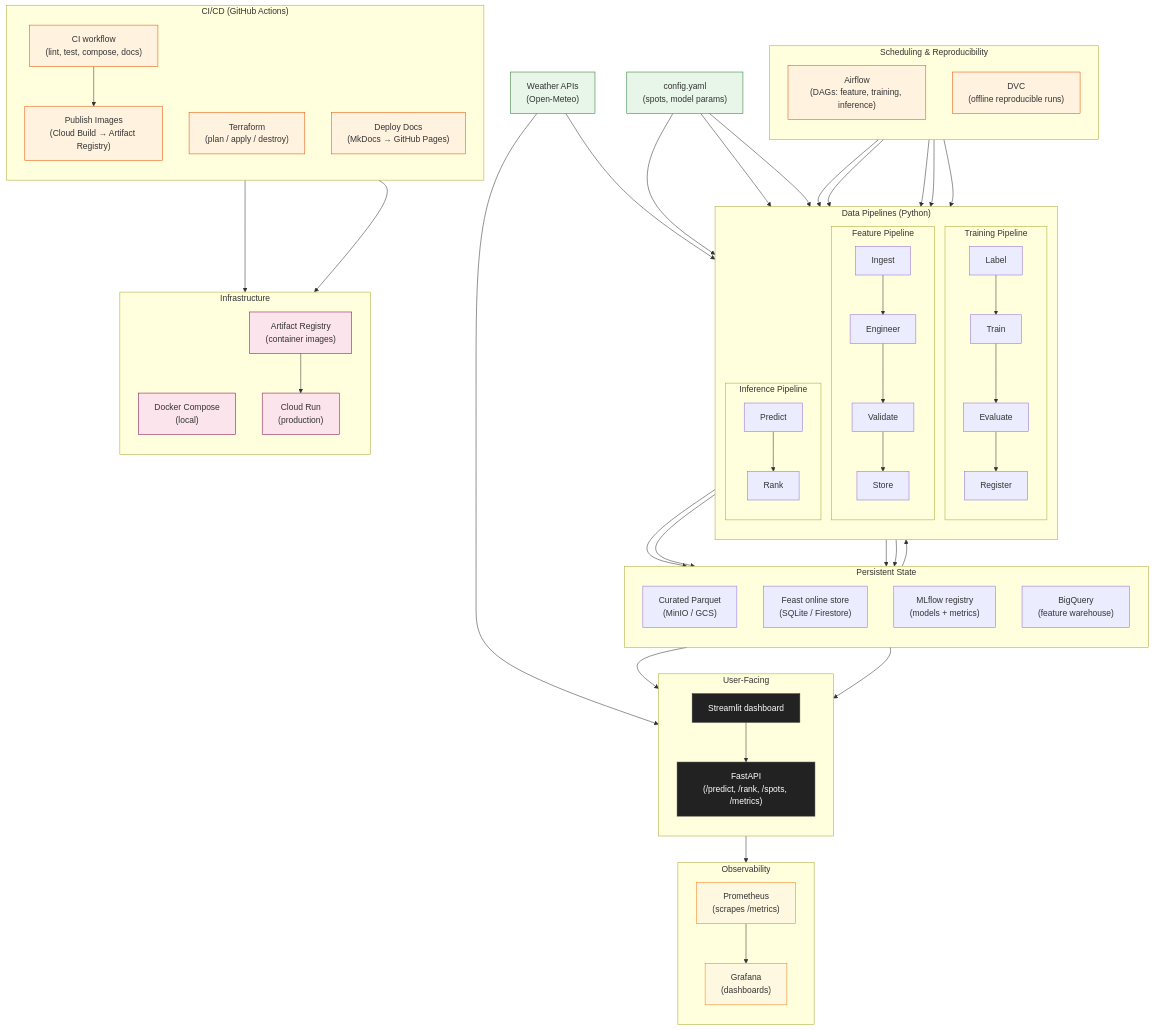
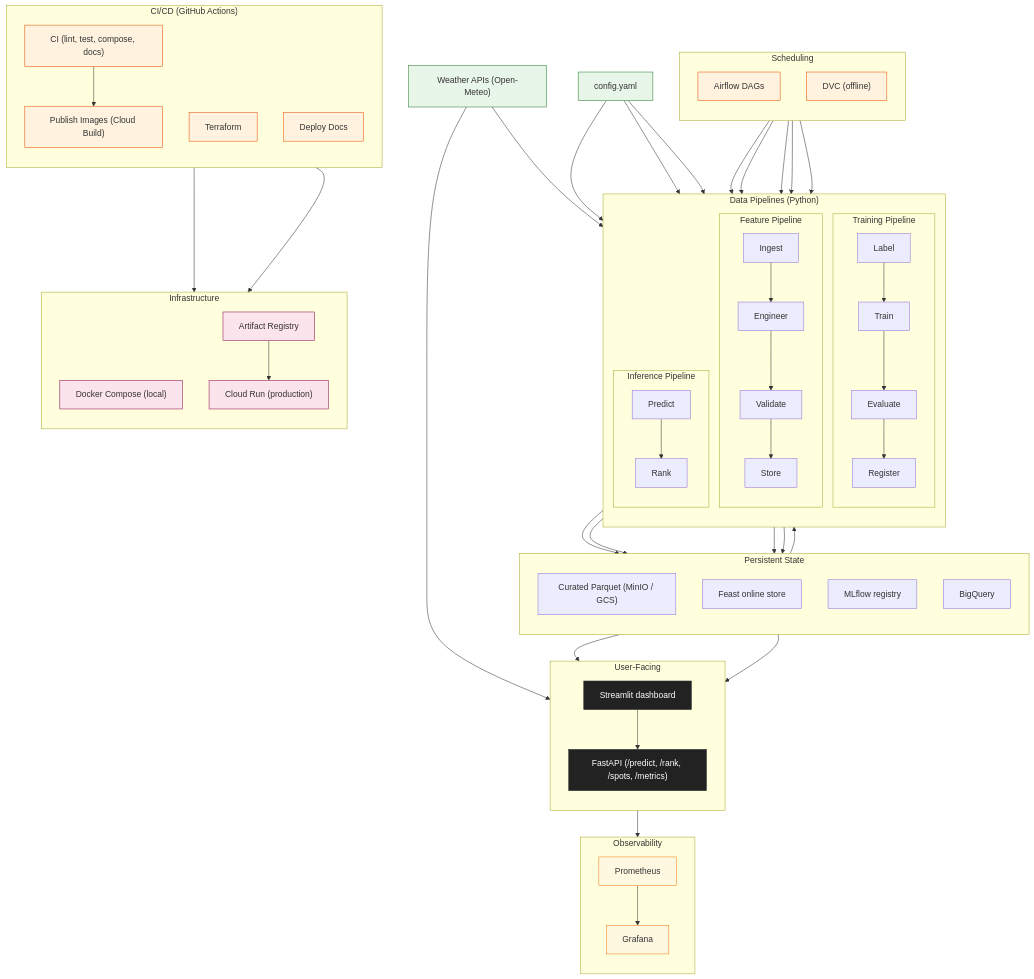
Before and after one commit to javihslu/foehncast: the first of 5 diagrams in docs/site/system/architecture.md, drawn with Mermaid. The commit also changed 1 other file, not shown here.

Commit message:
style: remove decorated comments from script and diagram

```diff
--- a/docs/site/system/architecture.md
+++ b/docs/site/system/architecture.md
@@ -16,11 +16,9 @@
     classDef monitor fill:#fff8e1,stroke:#f57f17
     classDef infra fill:#fce4ec,stroke:#880e4f
 
-    %% ─── Sources ────────────────────────────────────────────────────────
-    WEATHER["Weather APIs<br/>(Open-Meteo)"]:::source
-    CONFIG["config.yaml<br/>(spots, model params)"]:::source
+    WEATHER["Weather APIs (Open-Meteo)"]:::source
+    CONFIG["config.yaml"]:::source
 
-    %% ─── Pipelines ──────────────────────────────────────────────────────
     subgraph Pipelines ["Data Pipelines (Python)"]
         direction TB
         subgraph FP ["Feature Pipeline"]
@@ -34,54 +32,47 @@
         end
     end
 
-    %% ─── Storage ────────────────────────────────────────────────────────
     subgraph Storage ["Persistent State"]
         direction TB
-        PARQUET["Curated Parquet<br/>(MinIO / GCS)"]:::store
-        FEAST["Feast online store<br/>(SQLite / Firestore)"]:::store
-        MLFLOW["MLflow registry<br/>(models + metrics)"]:::store
-        BQ["BigQuery<br/>(feature warehouse)"]:::store
+        PARQUET["Curated Parquet (MinIO / GCS)"]:::store
+        FEAST["Feast online store"]:::store
+        MLFLOW["MLflow registry"]:::store
+        BQ["BigQuery"]:::store
     end
 
-    %% ─── Serving ────────────────────────────────────────────────────────
     subgraph Serving ["User-Facing"]
         direction TB
-        API["FastAPI<br/>(/predict, /rank, /spots, /metrics)"]:::serve
+        API["FastAPI (/predict, /rank, /spots, /metrics)"]:::serve
         UI["Streamlit dashboard"]:::serve
     end
 
-    %% ─── Orchestration ──────────────────────────────────────────────────
-    subgraph Orchestration ["Scheduling & Reproducibility"]
+    subgraph Orchestration ["Scheduling"]
         direction TB
-        AIRFLOW["Airflow<br/>(DAGs: feature, training, inference)"]:::ops
-        DVC["DVC<br/>(offline reproducible runs)"]:::ops
+        AIRFLOW["Airflow DAGs"]:::ops
+        DVC["DVC (offline)"]:::ops
     end
 
-    %% ─── CI/CD ──────────────────────────────────────────────────────────
     subgraph CICD ["CI/CD (GitHub Actions)"]
         direction TB
-        CI["CI workflow<br/>(lint, test, compose, docs)"]:::ops
-        PUB["Publish Images<br/>(Cloud Build → Artifact Registry)"]:::ops
-        TF["Terraform<br/>(plan / apply / destroy)"]:::ops
-        DOCSDEPLOY["Deploy Docs<br/>(MkDocs → GitHub Pages)"]:::ops
+        CI["CI (lint, test, compose, docs)"]:::ops
+        PUB["Publish Images (Cloud Build)"]:::ops
+        TF["Terraform"]:::ops
+        DOCSDEPLOY["Deploy Docs"]:::ops
     end
 
-    %% ─── Monitoring ─────────────────────────────────────────────────────
     subgraph Monitoring ["Observability"]
         direction TB
-        PROM["Prometheus<br/>(scrapes /metrics)"]:::monitor
-        GRAFANA["Grafana<br/>(dashboards)"]:::monitor
+        PROM["Prometheus"]:::monitor
+        GRAFANA["Grafana"]:::monitor
     end
 
-    %% ─── Infrastructure ─────────────────────────────────────────────────
     subgraph Infra ["Infrastructure"]
         direction TB
-        COMPOSE["Docker Compose<br/>(local)"]:::infra
-        CLOUDRUN["Cloud Run<br/>(production)"]:::infra
-        AR["Artifact Registry<br/>(container images)"]:::infra
+        COMPOSE["Docker Compose (local)"]:::infra
+        CLOUDRUN["Cloud Run (production)"]:::infra
+        AR["Artifact Registry"]:::infra
     end
 
-    %% ─── Connections ────────────────────────────────────────────────────
     WEATHER --> ING
     CONFIG --> ING & TRN & PRED
 
```
